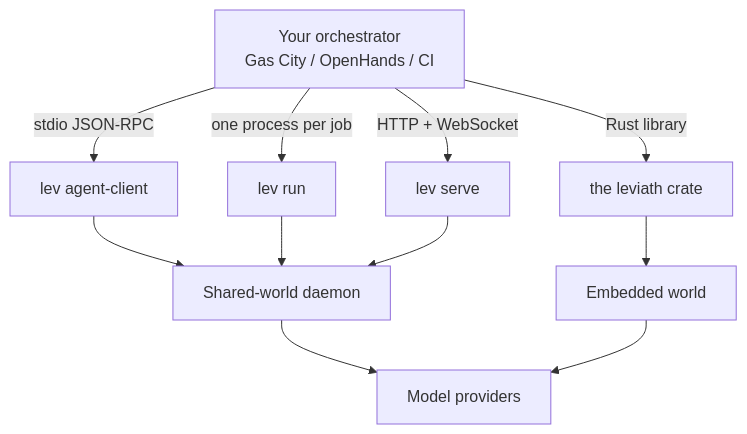
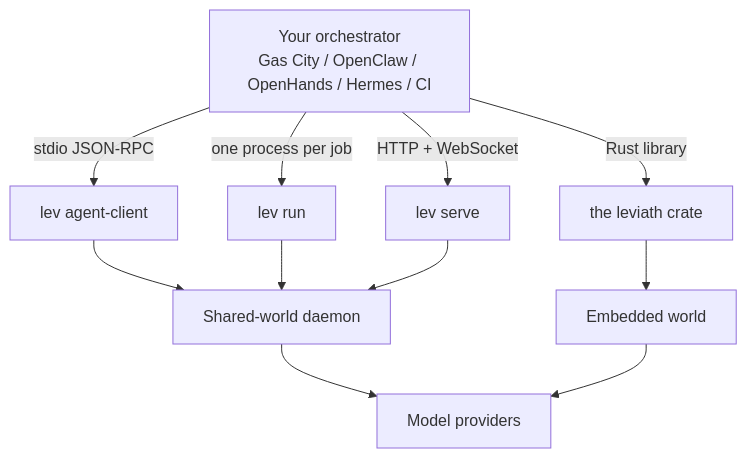
The diagram in docs/content/integrations.md (GEMISIS/leviath), drawn with Mermaid before and after one commit. The commit also changed other lines of this file and 4 other files, not shown here.

First line of the commit message:
docs(integrations): tell people how to run Leviath from OpenClaw

````diff
--- a/docs/content/integrations.md
+++ b/docs/content/integrations.md
@@ -19,14 +25,14 @@
 ```mermaid
 flowchart TD
-  ORCH["Your orchestrator<br/>Gas City / OpenHands / CI"]
+  ORCH["Your orchestrator<br/>Gas City / OpenClaw / OpenHands / Hermes / CI"]
   ORCH -->|"stdio JSON-RPC"| ACP["lev agent-client"]
   ORCH -->|"one process per job"| RUN["lev run"]
   ORCH -->|"HTTP + WebSocket"| API["lev serve"]
   ORCH -->|"Rust library"| EMB["the leviath crate"]
   ACP --> D["Shared-world daemon"]
   RUN --> D
   API --> D
   EMB --> W["Embedded world"]
   D --> M["Model providers"]
   W --> M
 ```
````
